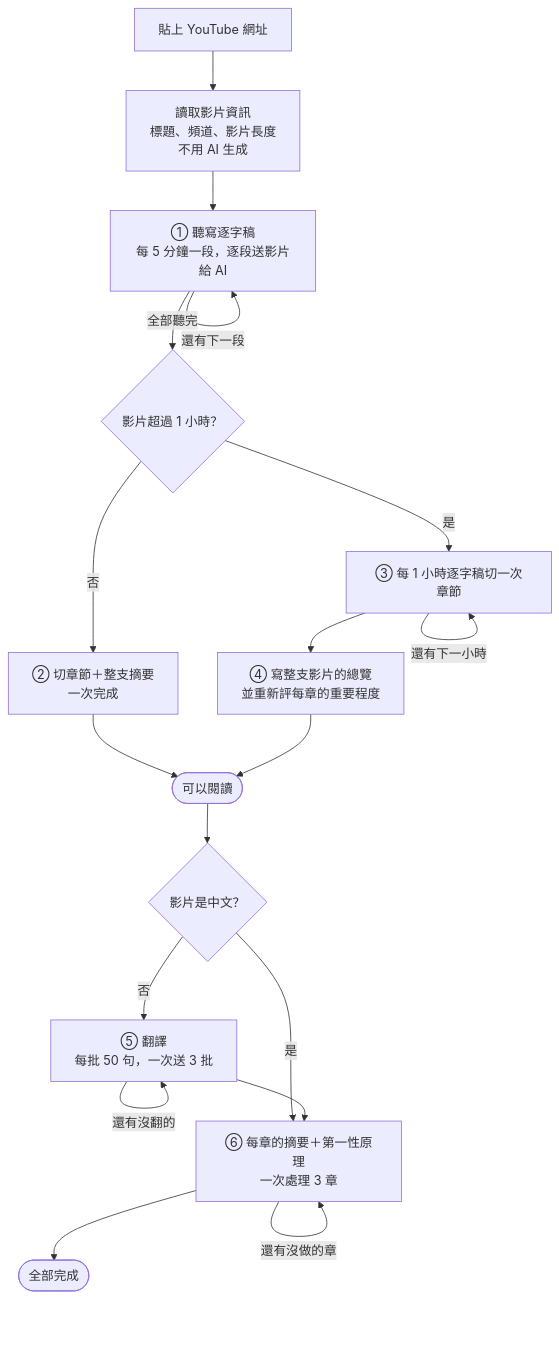
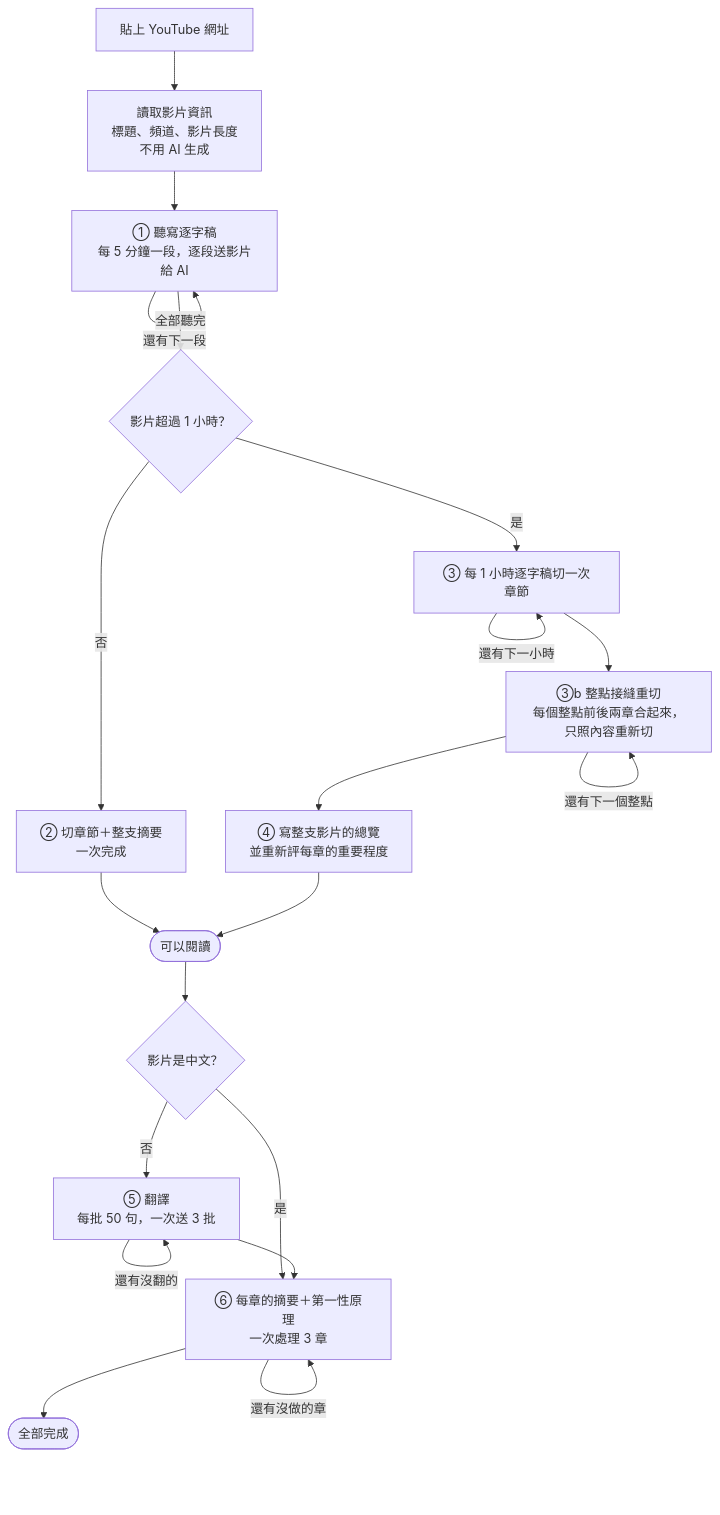
The diagram in PROMPTS.md (mirandaplayer1/reader), drawn with Mermaid before and after one commit. The commit also changed other lines of this file and 5 other files, not shown here.

````diff
--- a/PROMPTS.md
+++ b/PROMPTS.md
@@ -11,20 +11,22 @@
 ```mermaid
 flowchart TD
     A[貼上 YouTube 網址] --> B[讀取影片資訊<br/>標題、頻道、影片長度<br/>不用 AI 生成]
     B --> C[① 聽寫逐字稿<br/>每 5 分鐘一段，逐段送影片給 AI]
     C -->|還有下一段| C
     C -->|全部聽完| D{影片超過 1 小時？}
     D -->|否| E[② 切章節＋整支摘要<br/>一次完成]
     D -->|是| F[③ 每 1 小時逐字稿切一次章節]
     F -->|還有下一小時| F
-    F --> G[④ 寫整支影片的總覽<br/>並重新評每章的重要程度]
+    F --> S[③b 整點接縫重切<br/>每個整點前後兩章合起來，只照內容重新切]
+    S -->|還有下一個整點| S
+    S --> G[④ 寫整支影片的總覽<br/>並重新評每章的重要程度]
     E --> H([可以閱讀])
     G --> H
     H --> I{影片是中文？}
     I -->|否| J[⑤ 翻譯<br/>每批 50 句，一次送 3 批]
     J -->|還有沒翻的| J
     I -->|是| K
     J --> K[⑥ 每章的摘要＋第一性原理<br/>一次處理 3 章]
     K -->|還有沒做的章| K
     K --> L([全部完成])
 ```
````
